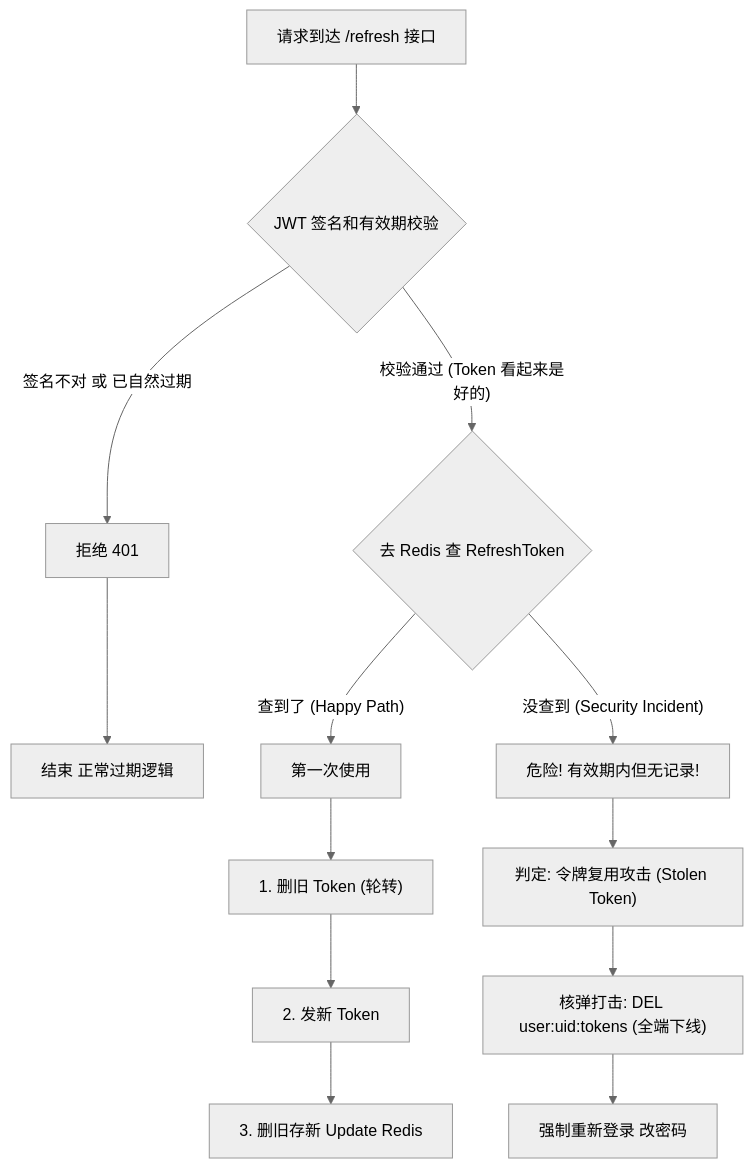
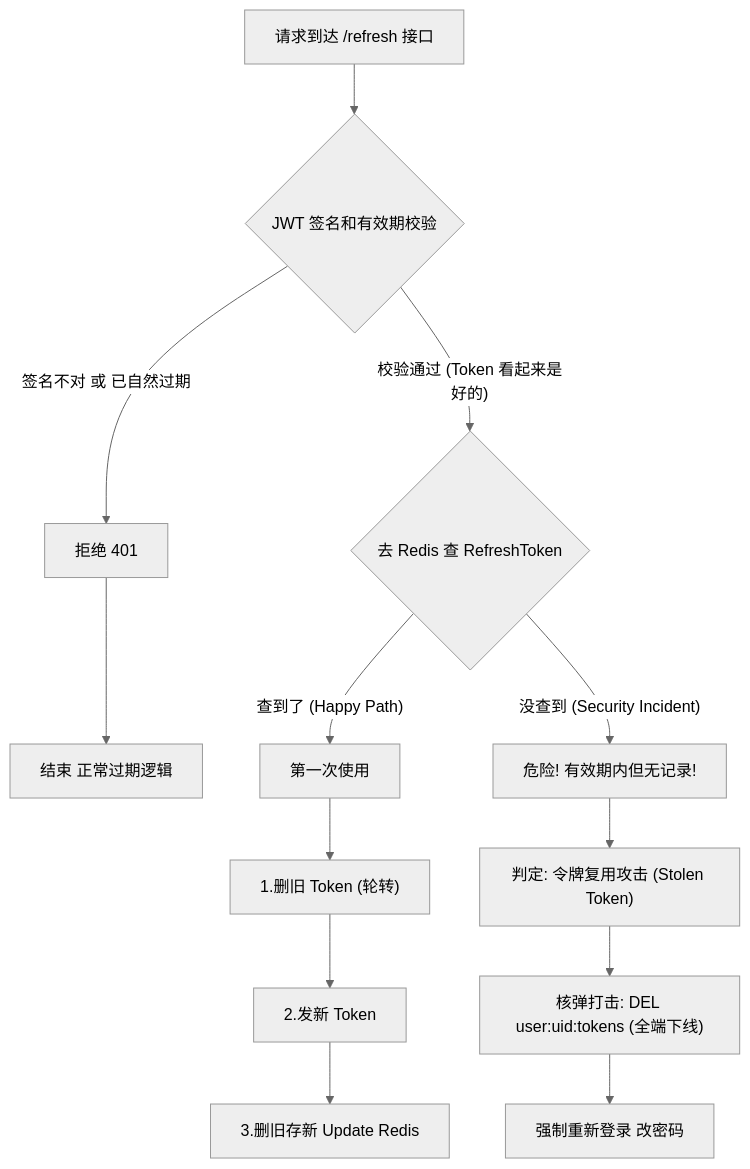
The diagram in 项目/派聪明/用户模块/day3/我对轮转令牌的理解.md (guansuian/notebook), drawn with Mermaid (neutral theme) before and after one commit. The commit also changed 1 other file, not shown here.

Commit message:
vault backup: 2026-01-26 16:47:03

````diff
--- a/项目/派聪明/用户模块/day3/我对轮转令牌的理解.md
+++ b/项目/派聪明/用户模块/day3/我对轮转令牌的理解.md
@@ -4,18 +4,18 @@
 ```mermaid
 graph TD
     A[请求到达 /refresh 接口] --> B{JWT 签名和有效期校验}
     B -- 签名不对 或 已自然过期 --> C[拒绝 401]
     C --> D[结束 正常过期逻辑]
     
     B -- "校验通过 (Token 看起来是好的)" --> E{去 Redis 查 RefreshToken}
     
     E -- "查到了 (Happy Path)" --> F[第一次使用]
-    F --> G["1. 删旧 Token (轮转)"]
-    G --> H["2. 发新 Token"]
-    H --> I["3. 删旧存新 Update Redis"]
+    F --> G["1.删旧 Token (轮转)"]
+    G --> H["2.发新 Token"]
+    H --> I["3.删旧存新 Update Redis"]
     
     E -- "没查到 (Security Incident)" --> J["危险! 有效期内但无记录!"]
     J --> K["判定: 令牌复用攻击 (Stolen Token)"]
     K --> L["核弹打击: DEL user:uid:tokens (全端下线)"]
     L --> M[强制重新登录 改密码]
 ```
````
